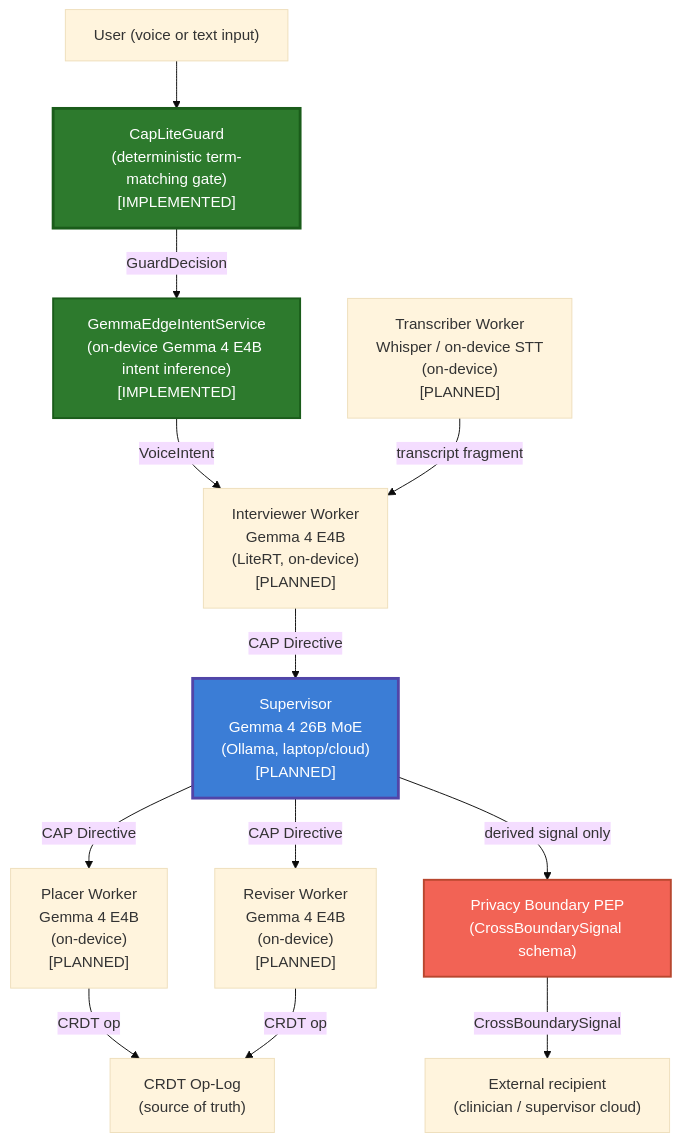
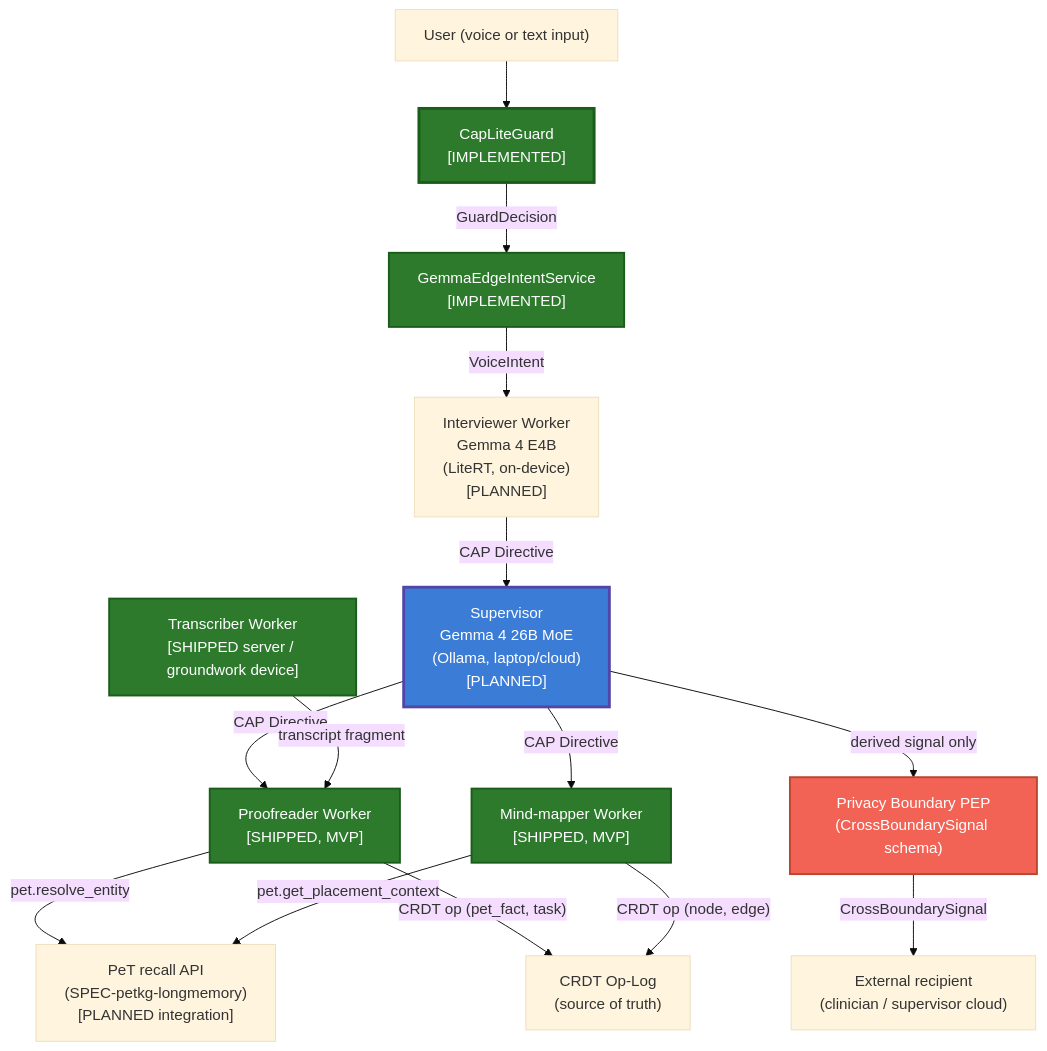
One commit to cytognosis/docs changed the first of 2 diagrams in 03-Products/Cytonome/Yar/spec/SPEC-multi-agent.md. Above: the diagram before and after it, drawn with Mermaid (base theme). The commit also changed other lines of this file and 1 other file, not shown here.

Commit message:
docs(yar): SPEC-multi-agent v0.2 (canonical agent naming: Supervisor/Interviewer/Transcriber/Proofreader/Mind-mapper) + new SPEC-cactus-routing (borrow concept not binary; Cactus license gated at 2M, Gemma 4 Apache-2.0 confirmed)

````diff
--- a/03-Products/Cytonome/Yar/spec/SPEC-multi-agent.md
+++ b/03-Products/Cytonome/Yar/spec/SPEC-multi-agent.md
@@ -71,29 +120,35 @@
 ```mermaid
 graph TB
   User["User (voice or text input)"]
   SUP["Supervisor\nGemma 4 26B MoE\n(Ollama, laptop/cloud)\n[PLANNED]"]
   WRK_INT["Interviewer Worker\nGemma 4 E4B\n(LiteRT, on-device)\n[PLANNED]"]
-  WRK_TXB["Transcriber Worker\nWhisper / on-device STT\n(on-device)\n[PLANNED]"]
-  WRK_PLA["Placer Worker\nGemma 4 E4B\n(on-device)\n[PLANNED]"]
-  WRK_REV["Reviser Worker\nGemma 4 E4B\n(on-device)\n[PLANNED]"]
-  CAP_G["CapLiteGuard\n(deterministic term-matching gate)\n[IMPLEMENTED]"]
-  GEMMA_INT["GemmaEdgeIntentService\n(on-device Gemma 4 E4B intent inference)\n[IMPLEMENTED]"]
+  WRK_TXB["Transcriber Worker\n[SHIPPED server / groundwork device]"]
+  WRK_PRO["Proofreader Worker\n[SHIPPED, MVP]"]
+  WRK_MM["Mind-mapper Worker\n[SHIPPED, MVP]"]
+  CAP_G["CapLiteGuard\n[IMPLEMENTED]"]
+  GEMMA_INT["GemmaEdgeIntentService\n[IMPLEMENTED]"]
+  PET["PeT recall API\n(SPEC-petkg-longmemory)\n[PLANNED integration]"]
   CRDT["CRDT Op-Log\n(source of truth)"]
   PB["Privacy Boundary PEP\n(CrossBoundarySignal schema)"]
 
   User --> CAP_G
   CAP_G -->|"GuardDecision"| GEMMA_INT
   GEMMA_INT -->|"VoiceIntent"| WRK_INT
   WRK_INT -->|"CAP Directive"| SUP
-  SUP -->|"CAP Directive"| WRK_PLA
-  SUP -->|"CAP Directive"| WRK_REV
-  WRK_TXB -->|"transcript fragment"| WRK_INT
-  WRK_PLA -->|"CRDT op"| CRDT
-  WRK_REV -->|"CRDT op"| CRDT
+  SUP -->|"CAP Directive"| WRK_MM
+  SUP -->|"CAP Directive"| WRK_PRO
+  WRK_TXB -->|"transcript fragment"| WRK_PRO
+  WRK_PRO -->|"pet.resolve_entity"| PET
+  WRK_MM -->|"pet.get_placement_context"| PET
+  WRK_PRO -->|"CRDT op (pet_fact, task)"| CRDT
+  WRK_MM -->|"CRDT op (node, edge)"| CRDT
   SUP -->|"derived signal only"| PB
   PB -->|"CrossBoundarySignal"| EXT["External recipient\n(clinician / supervisor cloud)"]
   style SUP fill:#3B7DD6,color:#fff,stroke:#5145A8,stroke-width:3px
   style CAP_G fill:#2d7a2d,color:#fff,stroke:#1a5c1a,stroke-width:3px
   style GEMMA_INT fill:#2d7a2d,color:#fff,stroke:#1a5c1a,stroke-width:2px
+  style WRK_TXB fill:#2d7a2d,color:#fff,stroke:#1a5c1a,stroke-width:2px
+  style WRK_PRO fill:#2d7a2d,color:#fff,stroke:#1a5c1a,stroke-width:2px
+  style WRK_MM fill:#2d7a2d,color:#fff,stroke:#1a5c1a,stroke-width:2px
   style PB fill:#F26355,color:#fff,stroke:#b8472f,stroke-width:2px
 ```
````
